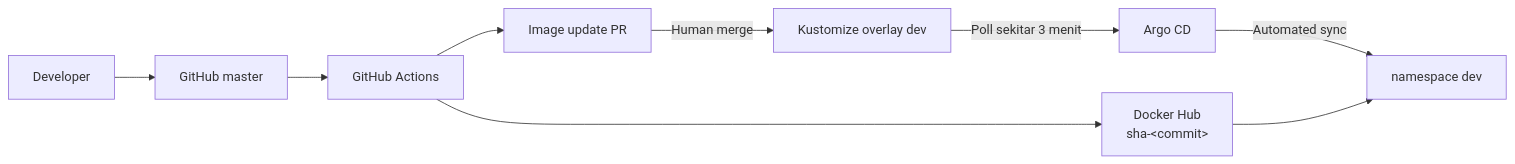
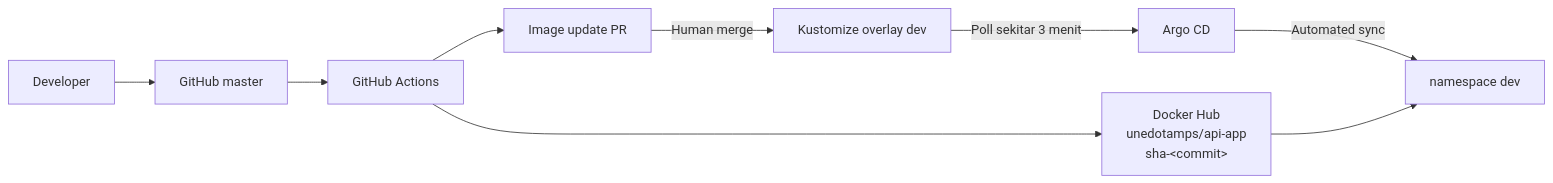
The seventh of 7 diagrams in aws_kube/k8s/README.md (unedtamps/aws), drawn with Mermaid before and after one commit. The commit also changed other lines of this file and 25 other files, not shown here.

````diff
--- a/aws_kube/k8s/README.md
+++ b/aws_kube/k8s/README.md
@@ -270,11 +650,11 @@
 ```mermaid
 flowchart LR
     developer["Developer"] --> master["GitHub master"]
     master --> ci["GitHub Actions"]
-    ci --> registry["Docker Hub<br/>sha-&lt;commit&gt;"]
+    ci --> registry["Docker Hub<br/>unedotamps/api-app<br/>sha-&lt;commit&gt;"]
     ci --> pr["Image update PR"]
     pr -->|"Human merge"| gitops["Kustomize overlay dev"]
     gitops -->|"Poll sekitar 3 menit"| argocd["Argo CD"]
     argocd -->|"Automated sync"| dev["namespace dev"]
     registry --> dev
 ```
````
